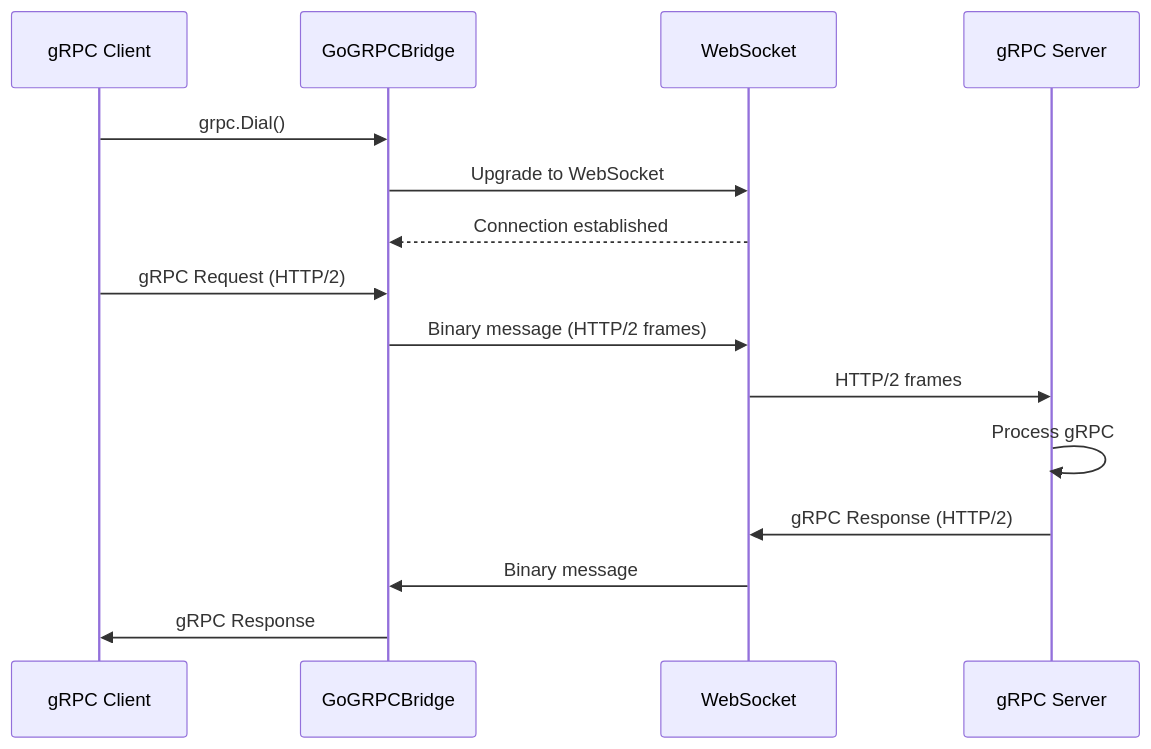
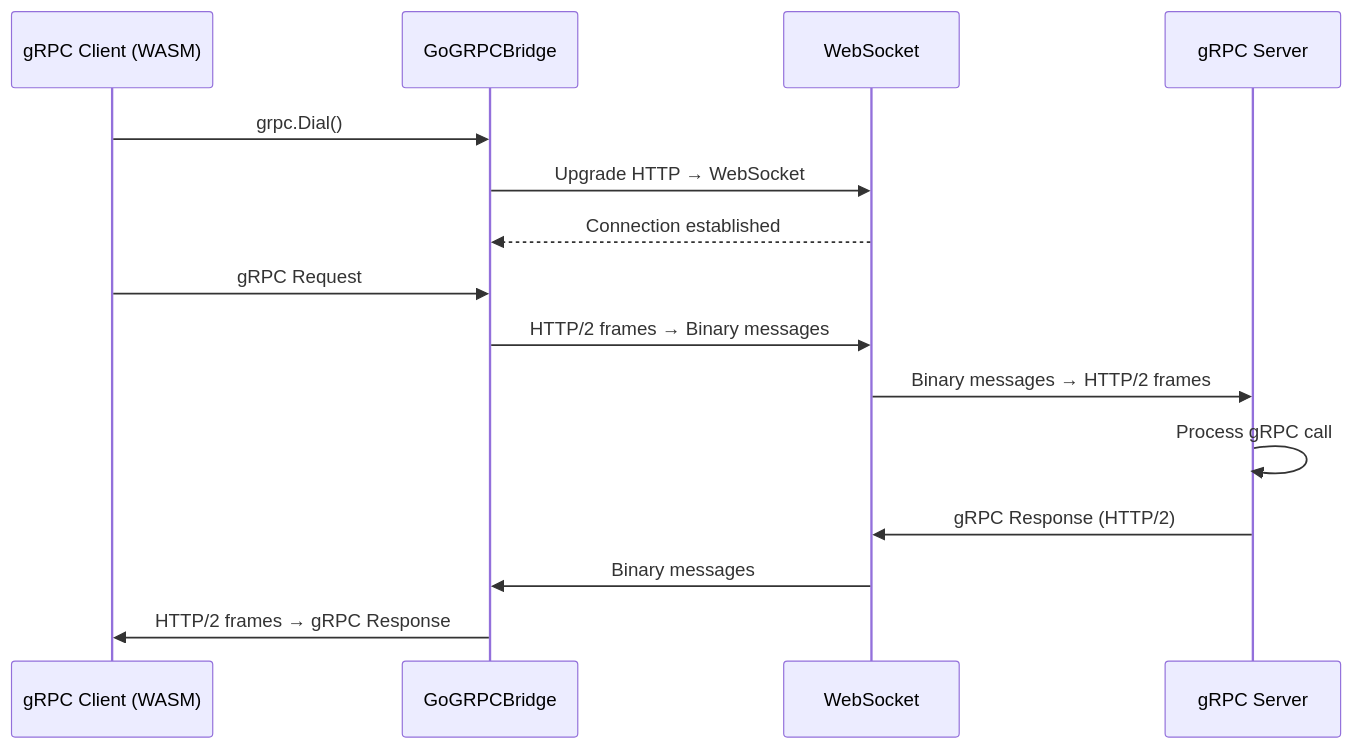
Before and after one commit to monstercameron/grpc-tunnel: the diagram in README.md, drawn with Mermaid. The commit also changed other lines of this file and 19 other files, not shown here.

````diff
--- a/README.md
+++ b/README.md
@@ -128,19 +501,19 @@
 ```mermaid
 sequenceDiagram
-    participant Client as gRPC Client
+    participant Client as gRPC Client (WASM)
     participant Bridge as GoGRPCBridge
     participant WS as WebSocket
     participant Server as gRPC Server
     
     Client->>Bridge: grpc.Dial()
-    Bridge->>WS: Upgrade to WebSocket
+    Bridge->>WS: Upgrade HTTP → WebSocket
     WS-->>Bridge: Connection established
     
-    Client->>Bridge: gRPC Request (HTTP/2)
-    Bridge->>WS: Binary message (HTTP/2 frames)
-    WS->>Server: HTTP/2 frames
-    Server->>Server: Process gRPC
+    Client->>Bridge: gRPC Request
+    Bridge->>WS: HTTP/2 frames → Binary messages
+    WS->>Server: Binary messages → HTTP/2 frames
+    Server->>Server: Process gRPC call
     Server->>WS: gRPC Response (HTTP/2)
-    WS->>Bridge: Binary message
-    Bridge->>Client: gRPC Response
+    WS->>Bridge: Binary messages
+    Bridge->>Client: HTTP/2 frames → gRPC Response
 ```
````
